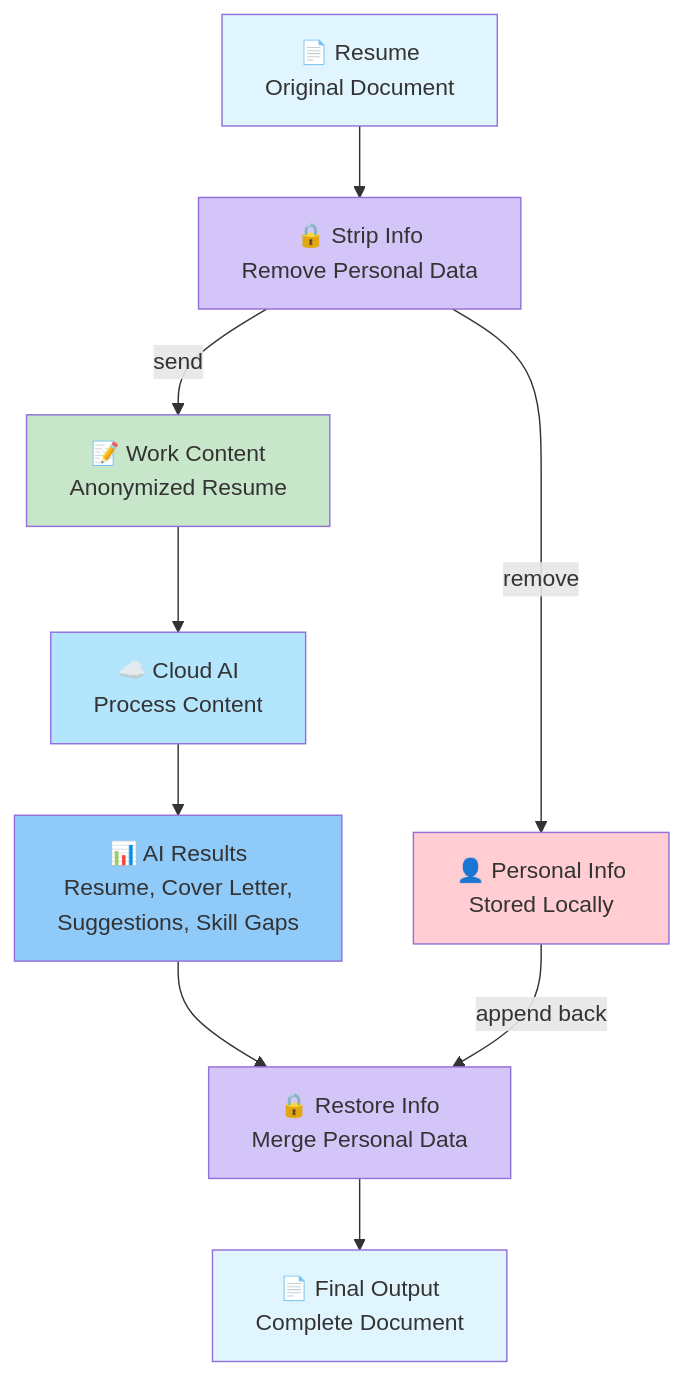
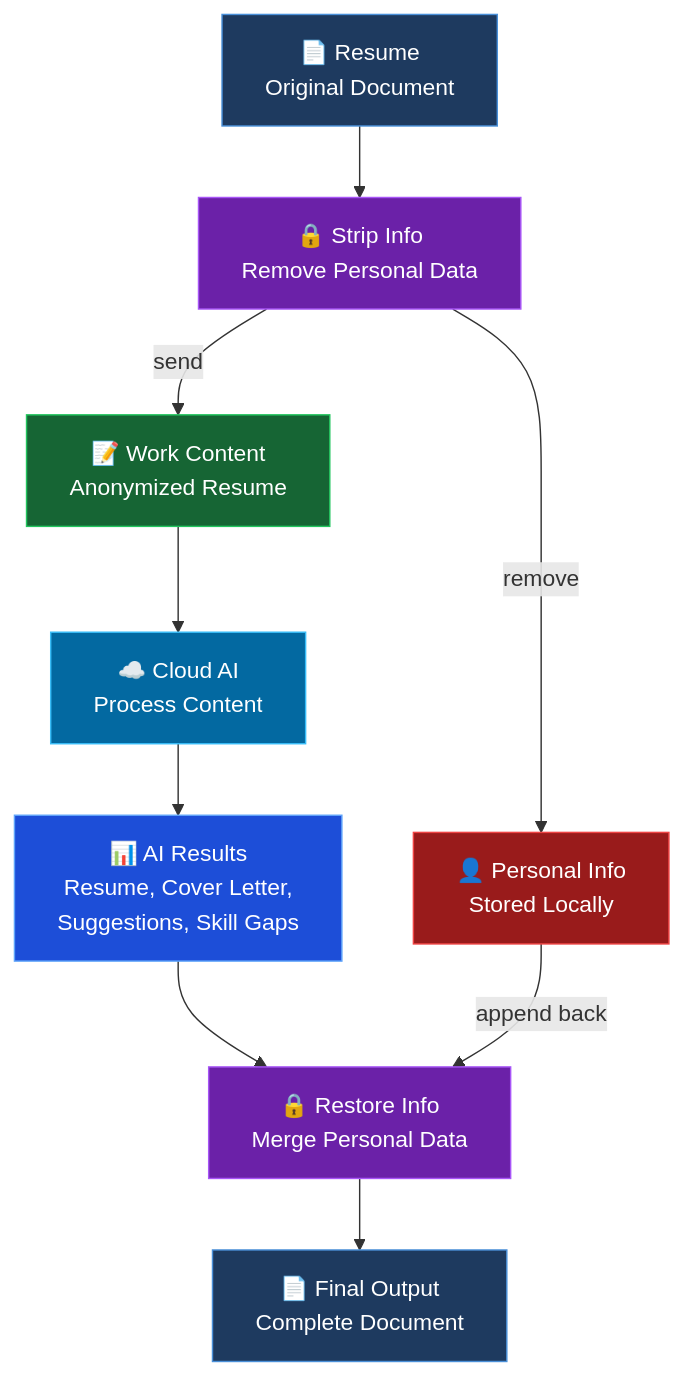
The diagram in README.md (gibbenergy/Resume_Helper), drawn with Mermaid before and after one commit. The commit also changed other lines of this file, not shown here.

Commit message:
Fix README: cleaner video table, better diagram colors for dark theme

````diff
--- a/README.md
+++ b/README.md
@@ -63,20 +46,20 @@
 ```mermaid
 flowchart TD
     A[📄 Resume<br/>Original Document] --> B[🔒 Strip Info<br/>Remove Personal Data]
     B -->|send| C[📝 Work Content<br/>Anonymized Resume]
     B -->|remove| D[👤 Personal Info<br/>Stored Locally]
     C --> E[☁️ Cloud AI<br/>Process Content]
     E --> F[📊 AI Results<br/>Resume, Cover Letter,<br/>Suggestions, Skill Gaps]
     F --> G[🔒 Restore Info<br/>Merge Personal Data]
     D -->|append back| G
     G --> H[📄 Final Output<br/>Complete Document]
     
-    style A fill:#e1f5ff
-    style B fill:#d4c5f9
-    style C fill:#c8e6c9
-    style D fill:#ffcdd2
-    style E fill:#b3e5fc
-    style F fill:#90caf9
-    style G fill:#d4c5f9
-    style H fill:#e1f5ff
+    style A fill:#1e3a5f,stroke:#4a90d9,color:#fff
+    style B fill:#6b21a8,stroke:#a855f7,color:#fff
+    style C fill:#166534,stroke:#22c55e,color:#fff
+    style D fill:#991b1b,stroke:#ef4444,color:#fff
+    style E fill:#0369a1,stroke:#38bdf8,color:#fff
+    style F fill:#1d4ed8,stroke:#60a5fa,color:#fff
+    style G fill:#6b21a8,stroke:#a855f7,color:#fff
+    style H fill:#1e3a5f,stroke:#4a90d9,color:#fff
 ```
````
